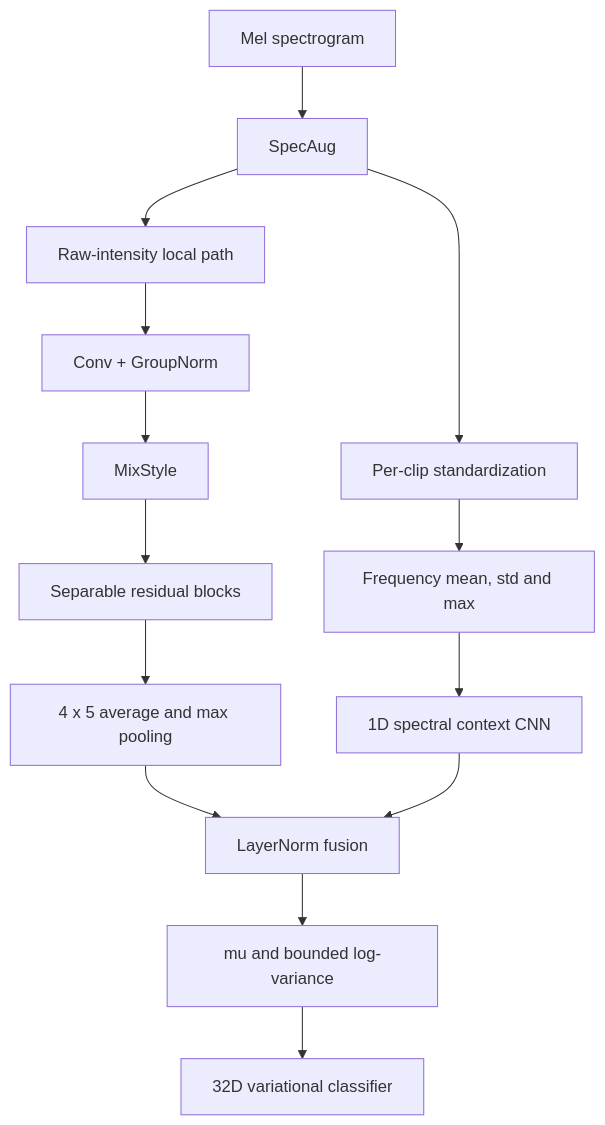
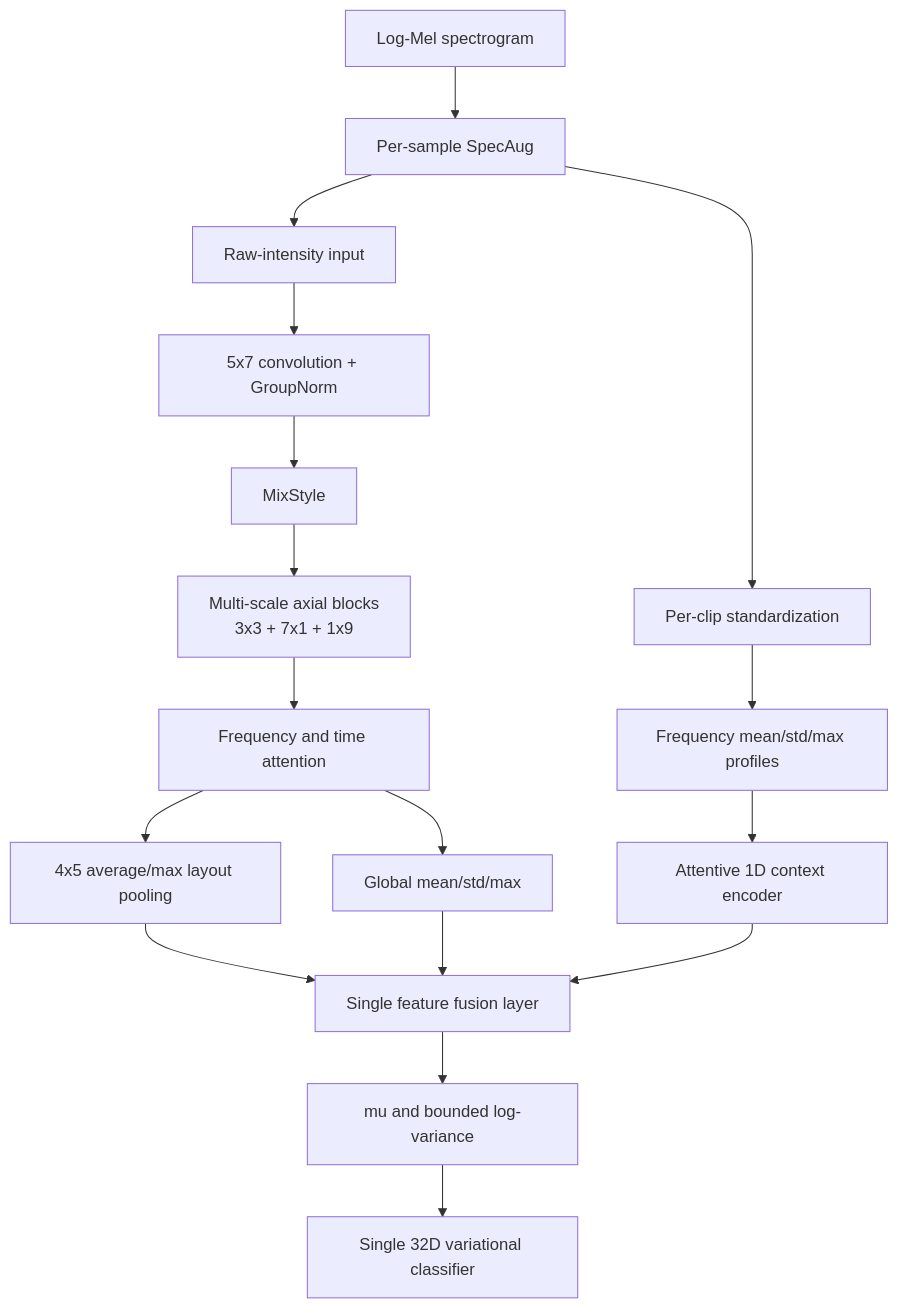
One commit to dawn2766/PVSC-Net changed the diagram in docs/DVSCNet_Redesign_Experiment.md. Above: the diagram before and after it, drawn with Mermaid. The commit also changed other lines of this file and 22 other files, not shown here.

````diff
--- a/docs/DVSCNet_Redesign_Experiment.md
+++ b/docs/DVSCNet_Redesign_Experiment.md
@@ -31,19 +30,22 @@
 ```mermaid
 flowchart TB
-    accTitle: Final DVSCNet Processing Flow
-    accDescr: The model combines local time-frequency texture with normalized spectral context and domain-generalization regularization.
+    accTitle: Single-Model DVSCNet Processing Flow
+    accDescr: One network combines axial time-frequency features and normalized spectral statistics before one variational bottleneck and classifier.
 
-    input["Mel spectrogram"] --> augment["SpecAug"]
-    augment --> raw_path["Raw-intensity local path"]
+    input["Log-Mel spectrogram"] --> augment["Per-sample SpecAug"]
+    augment --> raw["Raw-intensity input"]
     augment --> normalize["Per-clip standardization"]
-    raw_path --> stem["Conv + GroupNorm"]
+    raw --> stem["5x7 convolution + GroupNorm"]
     stem --> mixstyle["MixStyle"]
-    mixstyle --> residual["Separable residual blocks"]
-    residual --> layout["4 x 5 average and max pooling"]
-    normalize --> statistics["Frequency mean, std and max"]
-    statistics --> context["1D spectral context CNN"]
-    layout --> fusion["LayerNorm fusion"]
+    mixstyle --> axial["Multi-scale axial blocks<br/>3x3 + 7x1 + 1x9"]
+    axial --> attention["Frequency and time attention"]
+    attention --> layout["4x5 average/max layout pooling"]
+    attention --> global["Global mean/std/max"]
+    normalize --> spectrum["Frequency mean/std/max profiles"]
+    spectrum --> context["Attentive 1D context encoder"]
+    layout --> fusion["Single feature fusion layer"]
+    global --> fusion
     context --> fusion
     fusion --> distribution["mu and bounded log-variance"]
-    distribution --> classifier["32D variational classifier"]
+    distribution --> classifier["Single 32D variational classifier"]
 ```
````
